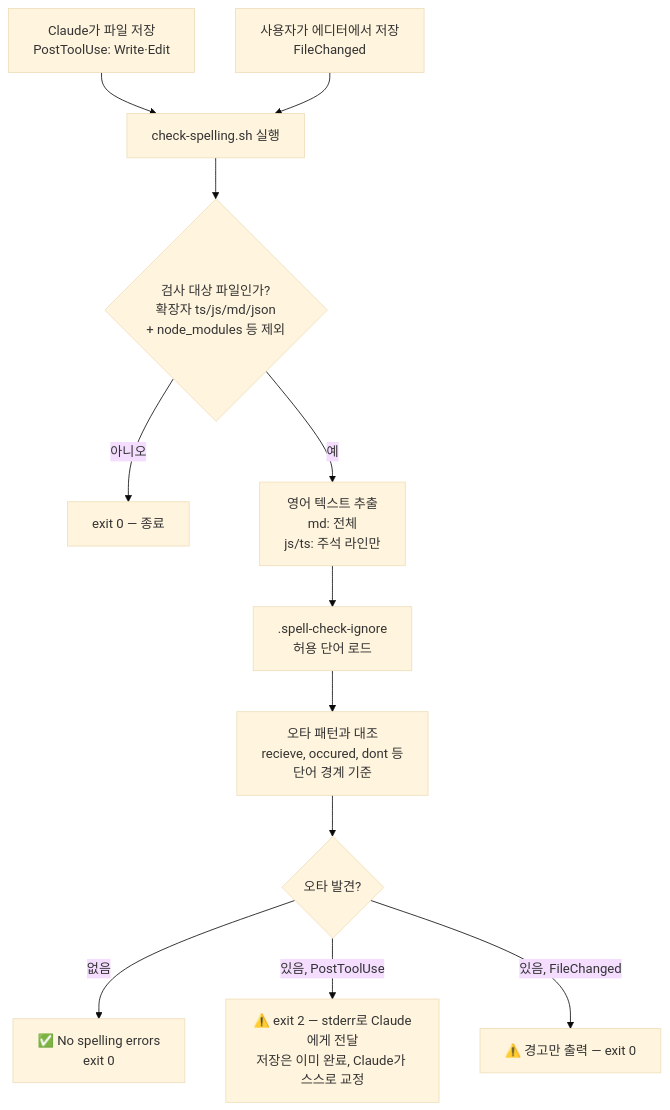
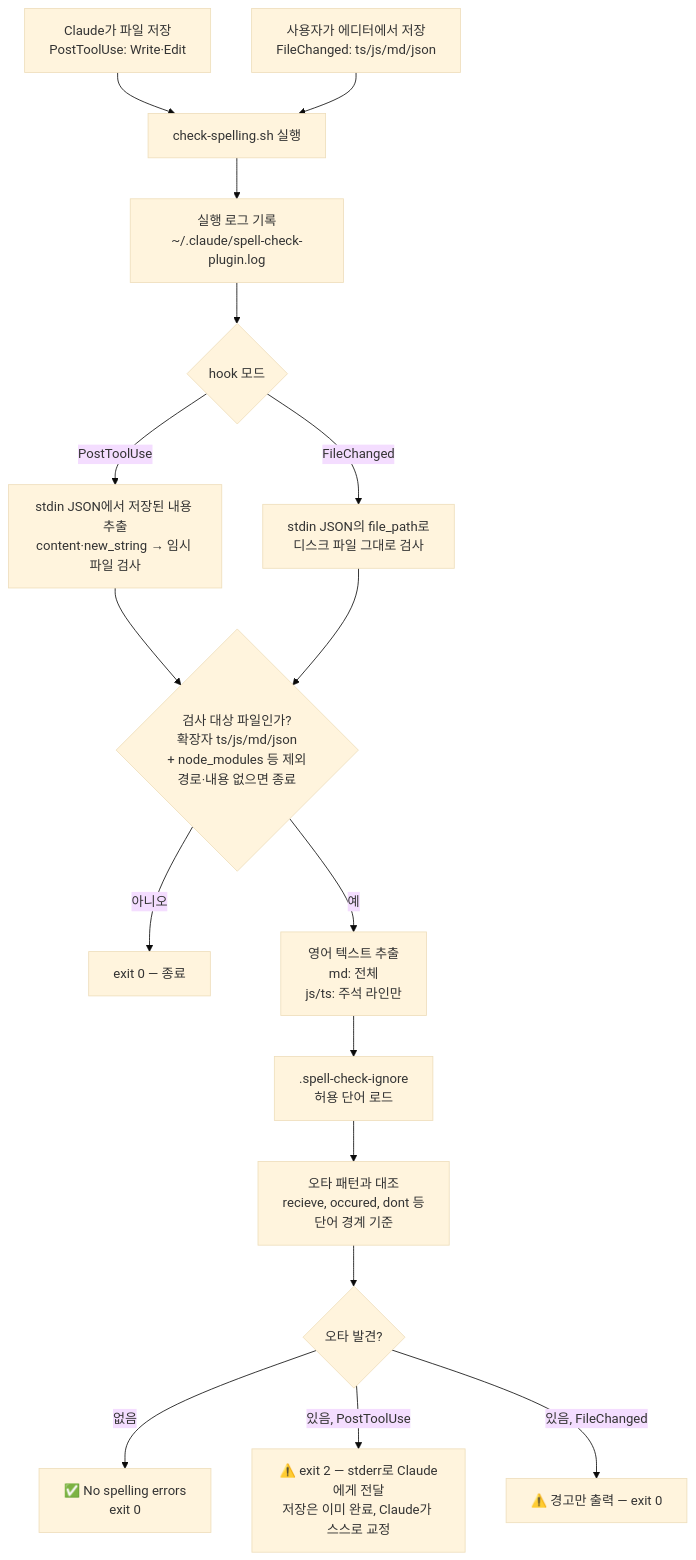
The diagram in README.md (simjieun/spell-check-plugin), drawn with Mermaid (base theme) before and after one commit.

Commit message:
README 순서도 업데이트 — 로그 기록·모드별 입력 분기 반영

````diff
--- a/README.md
+++ b/README.md
@@ -100,14 +100,19 @@
 ```mermaid
 flowchart TD
     A1[Claude가 파일 저장<br/>PostToolUse: Write·Edit] --> B[check-spelling.sh 실행]
-    A2[사용자가 에디터에서 저장<br/>FileChanged] --> B
-    B --> F{검사 대상 파일인가?<br/>확장자 ts/js/md/json<br/>+ node_modules 등 제외}
+    A2[사용자가 에디터에서 저장<br/>FileChanged: ts/js/md/json] --> B
+    B --> LOG[실행 로그 기록<br/>~/.claude/spell-check-plugin.log]
+    LOG --> S{hook 모드}
+    S -->|PostToolUse| C1[stdin JSON에서 저장된 내용 추출<br/>content·new_string → 임시 파일 검사]
+    S -->|FileChanged| C2[stdin JSON의 file_path로<br/>디스크 파일 그대로 검사]
+    C1 --> F{검사 대상 파일인가?<br/>확장자 ts/js/md/json<br/>+ node_modules 등 제외<br/>경로·내용 없으면 종료}
+    C2 --> F
     F -->|아니오| G[exit 0 — 종료]
     F -->|예| H[영어 텍스트 추출<br/>md: 전체<br/>js/ts: 주석 라인만]
     H --> I[.spell-check-ignore<br/>허용 단어 로드]
     I --> J[오타 패턴과 대조<br/>recieve, occured, dont 등<br/>단어 경계 기준]
     J --> K{오타 발견?}
     K -->|없음| L[✅ No spelling errors<br/>exit 0]
     K -->|있음, PostToolUse| M[⚠️ exit 2 — stderr로 Claude에게 전달<br/>저장은 이미 완료, Claude가 스스로 교정]
     K -->|있음, FileChanged| N[⚠️ 경고만 출력 — exit 0]
 ```
````
